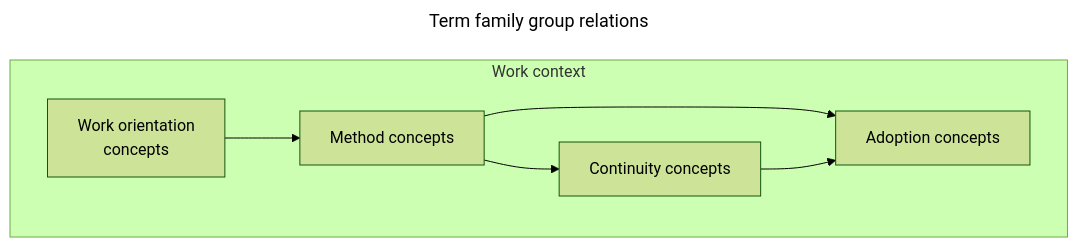
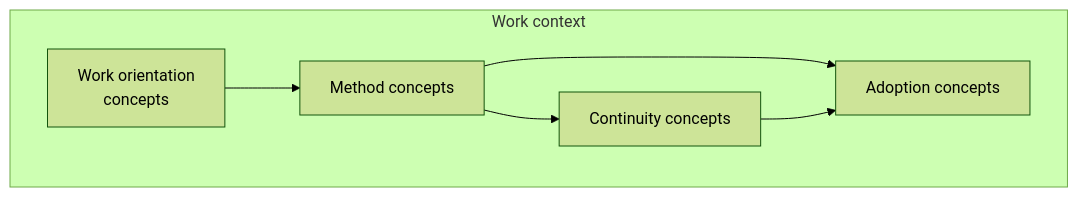
Before and after one commit to vslices/docs: the first of 2 diagrams in docs/en/products/method/glossary.md, drawn with Mermaid (forest theme). The commit also changed other lines of this file and 36 other files, not shown here.

````diff
--- a/docs/en/products/method/glossary.md
+++ b/docs/en/products/method/glossary.md
@@ -11,20 +13,17 @@
 ```mermaid
----
-title: Term family group relations
----
 flowchart LR
   subgraph WC[Work context]
     direction LR
 
     A[Work orientation<br/>concepts]
     B[Method concepts]
     C[Continuity concepts]
     D[Adoption concepts]
 
     A --> B
     B --> C & D
     C --> D
 
   end
 
 ```
````
